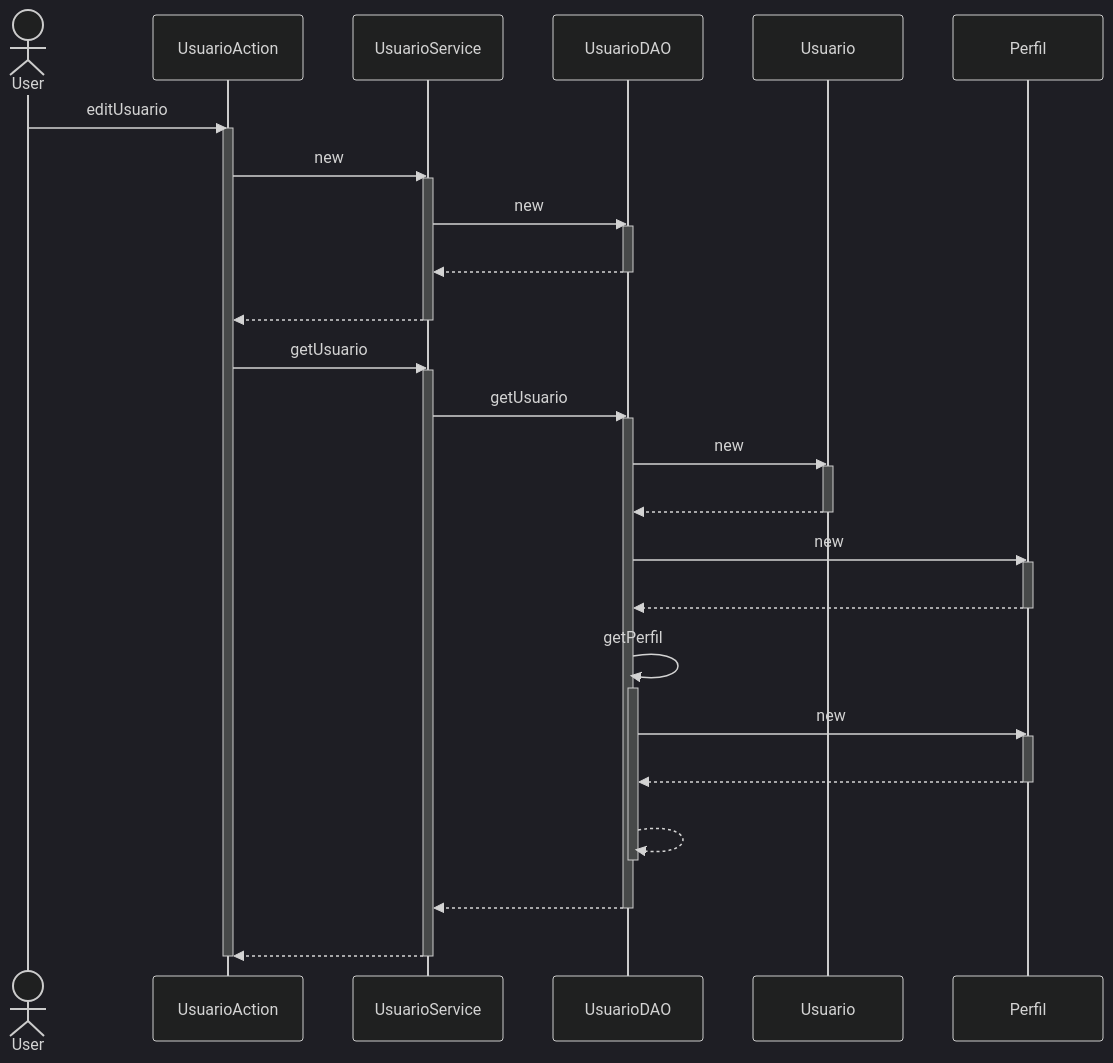
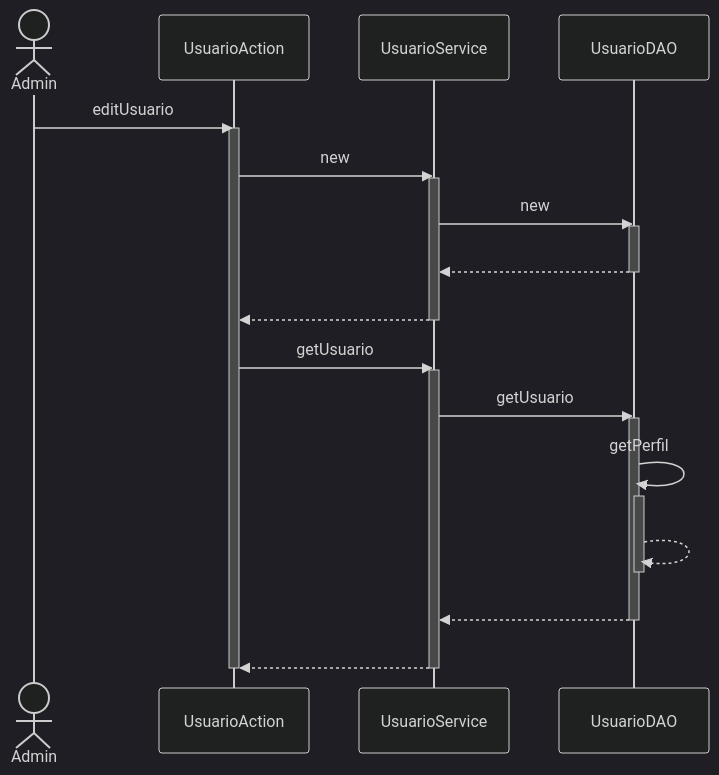
One commit to branqsMRP/SequenceDiagram changed the diagram in DiagramaSequencia/Novo Diagrama Sequencia/Usuario/Edit Usuario.mmd. Above: the diagram before and after it, drawn with Mermaid (dark theme). The commit also changed 3 other files, not shown here.

```diff
--- a/DiagramaSequencia/Novo Diagrama Sequencia/Usuario/Edit Usuario.mmd
+++ b/DiagramaSequencia/Novo Diagrama Sequencia/Usuario/Edit Usuario.mmd
@@ -1,37 +1,25 @@
 sequenceDiagram
-actor User
-User ->> UsuarioAction : editUsuario
+actor A as Admin
+A ->> UsuarioAction : editUsuario
 activate UsuarioAction
 UsuarioAction ->> UsuarioService : new
 activate UsuarioService
 UsuarioService ->> UsuarioDAO : new
 activate UsuarioDAO
 UsuarioDAO -->> UsuarioService : #32; 
 deactivate UsuarioDAO
 UsuarioService -->> UsuarioAction : #32; 
 deactivate UsuarioService
 UsuarioAction ->> UsuarioService : getUsuario
 activate UsuarioService
 UsuarioService ->> UsuarioDAO : getUsuario
 activate UsuarioDAO
-UsuarioDAO ->> Usuario : new
-activate Usuario
-Usuario -->> UsuarioDAO : #32; 
-deactivate Usuario
-UsuarioDAO ->> Perfil : new
-activate Perfil
-Perfil -->> UsuarioDAO : #32; 
-deactivate Perfil
 UsuarioDAO ->> UsuarioDAO : getPerfil
 activate UsuarioDAO
-UsuarioDAO ->> Perfil : new
-activate Perfil
-Perfil -->> UsuarioDAO : #32; 
-deactivate Perfil
 UsuarioDAO -->> UsuarioDAO : #32; 
 deactivate UsuarioDAO
 UsuarioDAO -->> UsuarioService : #32; 
 deactivate UsuarioDAO
 UsuarioService -->> UsuarioAction : #32; 
 deactivate UsuarioService
 deactivate UsuarioAction
```
